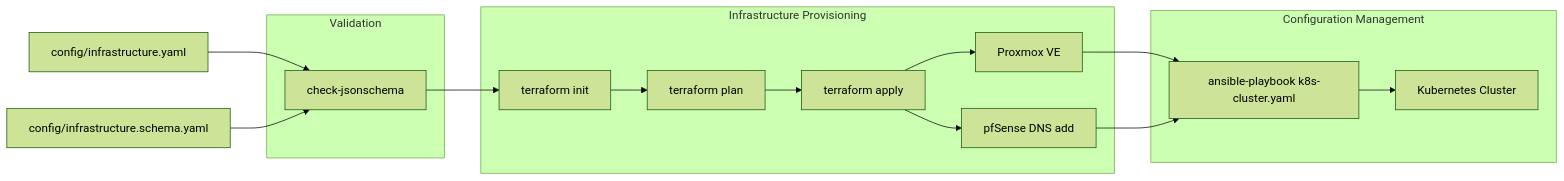
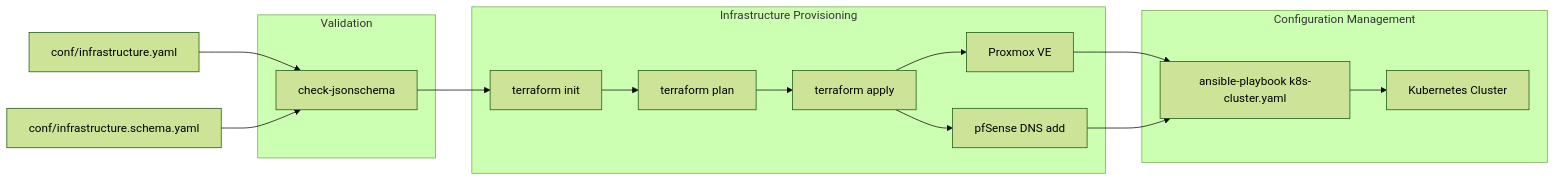
One commit to warelock2/infraops changed the second of 4 diagrams in docs/ARCHITECTURE.md. Above: the diagram before and after it, drawn with Mermaid (forest theme). The commit also changed other lines of this file and 24 other files, not shown here.

Commit message:
refactor: rename config/ to conf/, move example alongside [skip ci]

````diff
--- a/docs/ARCHITECTURE.md
+++ b/docs/ARCHITECTURE.md
@@ -112,33 +112,33 @@
 ```mermaid
 graph LR
-    YAML["config/infrastructure.yaml"]
-    SCHEMA["config/infrastructure.schema.yaml"]
+    YAML["conf/infrastructure.yaml"]
+    SCHEMA["conf/infrastructure.schema.yaml"]
 
     subgraph "Validation"
         CHECK["check-jsonschema"]
     end
 
     subgraph "Infrastructure Provisioning"
         TF_INIT["terraform init"]
         TF_PLAN["terraform plan"]
         TF_APPLY["terraform apply"]
         PVE["Proxmox VE"]
         DNS_ADD["pfSense DNS add"]
     end
 
     subgraph "Configuration Management"
         ANSIBLE["ansible-playbook k8s-cluster.yaml"]
         K8S["Kubernetes Cluster"]
     end
 
     YAML --> CHECK
     SCHEMA --> CHECK
     CHECK --> TF_INIT
     TF_INIT --> TF_PLAN
     TF_PLAN --> TF_APPLY
     TF_APPLY --> PVE
     TF_APPLY --> DNS_ADD
     PVE --> ANSIBLE
     DNS_ADD --> ANSIBLE
     ANSIBLE --> K8S
 ```
````
